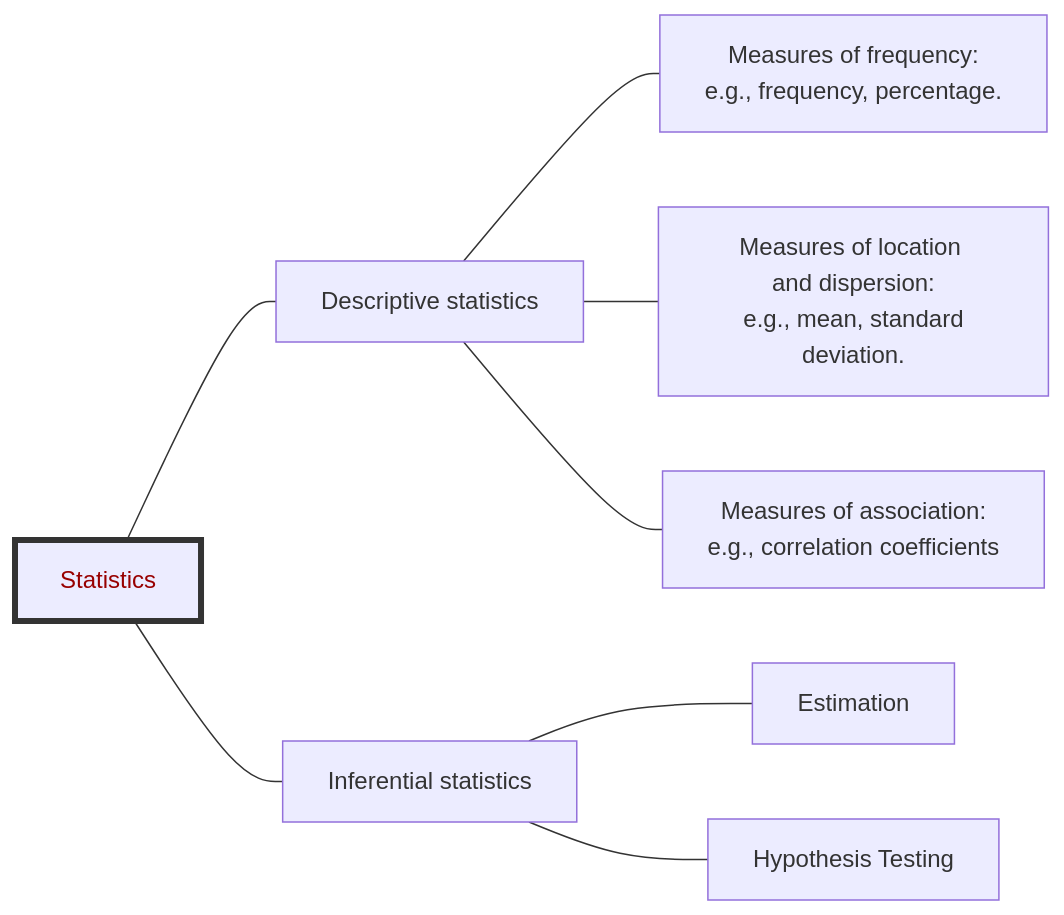
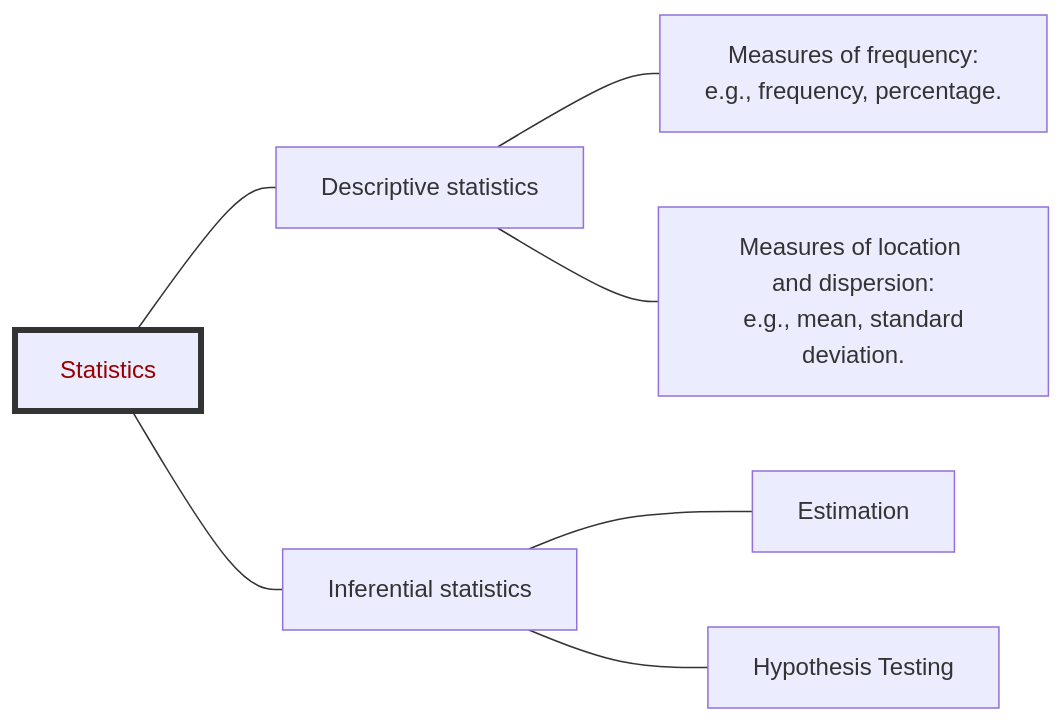
Before and after one commit to bougioukas/MedStatsJamovi: the diagram in introduction.qmd, drawn with Mermaid. The commit also changed other lines of this file and 10 other files, not shown here.

````diff
--- a/introduction.qmd
+++ b/introduction.qmd
@@ -153,19 +153,18 @@
 ```{mermaid}
 %%| column: screen-inset-right
 %%| label: fig-branches
 %%| fig-width: 9
 %%| fig-cap: The discipline of statistics and its two branches, descriptive statistics and inferential statistics
 
 flowchart LR
   
     A[Statistics]--- B[Descriptive statistics]
     A --- C[Inferential statistics]
     B --- D[Measures of frequency: <br/> e.g., frequency, percentage.]
     B --- E[Measures of location <br/> and dispersion: <br/> e.g., mean, standard deviation.]
-    B --- G[Measures of association: <br/> e.g., correlation coefficients]
     C --- H[Estimation]
     C --- I[Hypothesis Testing]
     style A color:#980000, stroke:#333,stroke-width:4px
     
     
 ```
````
